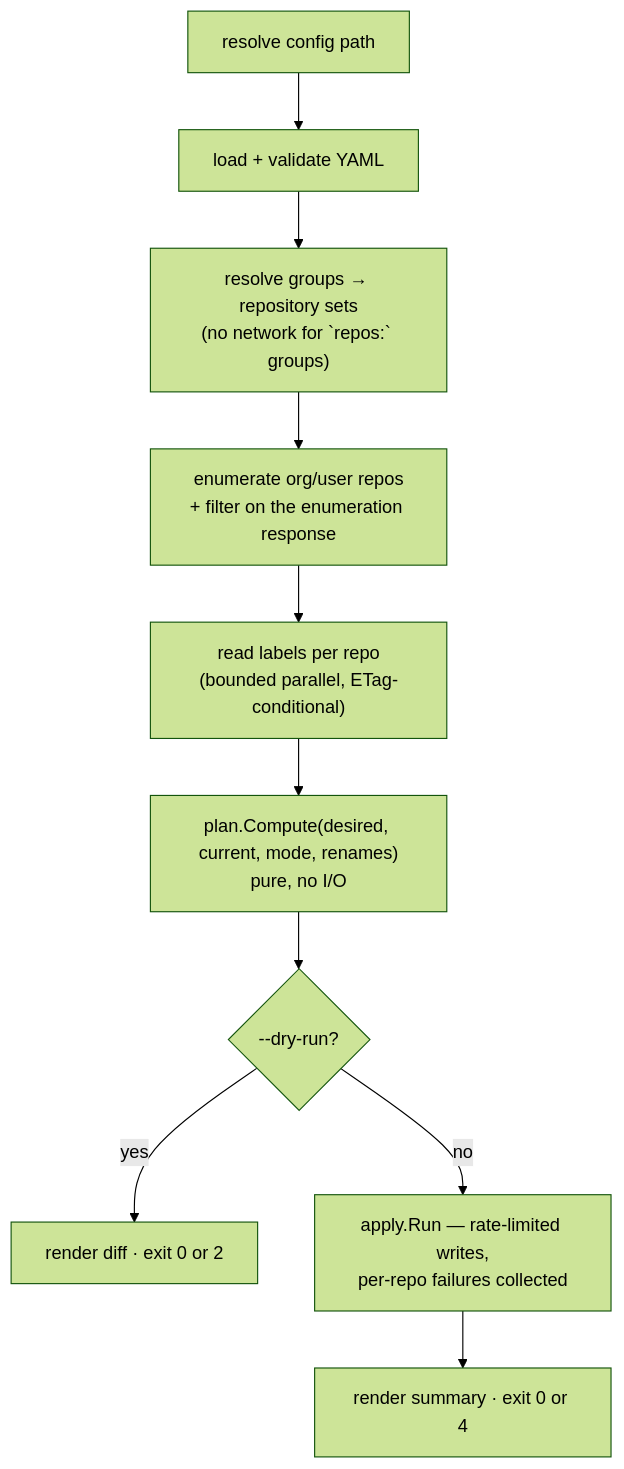
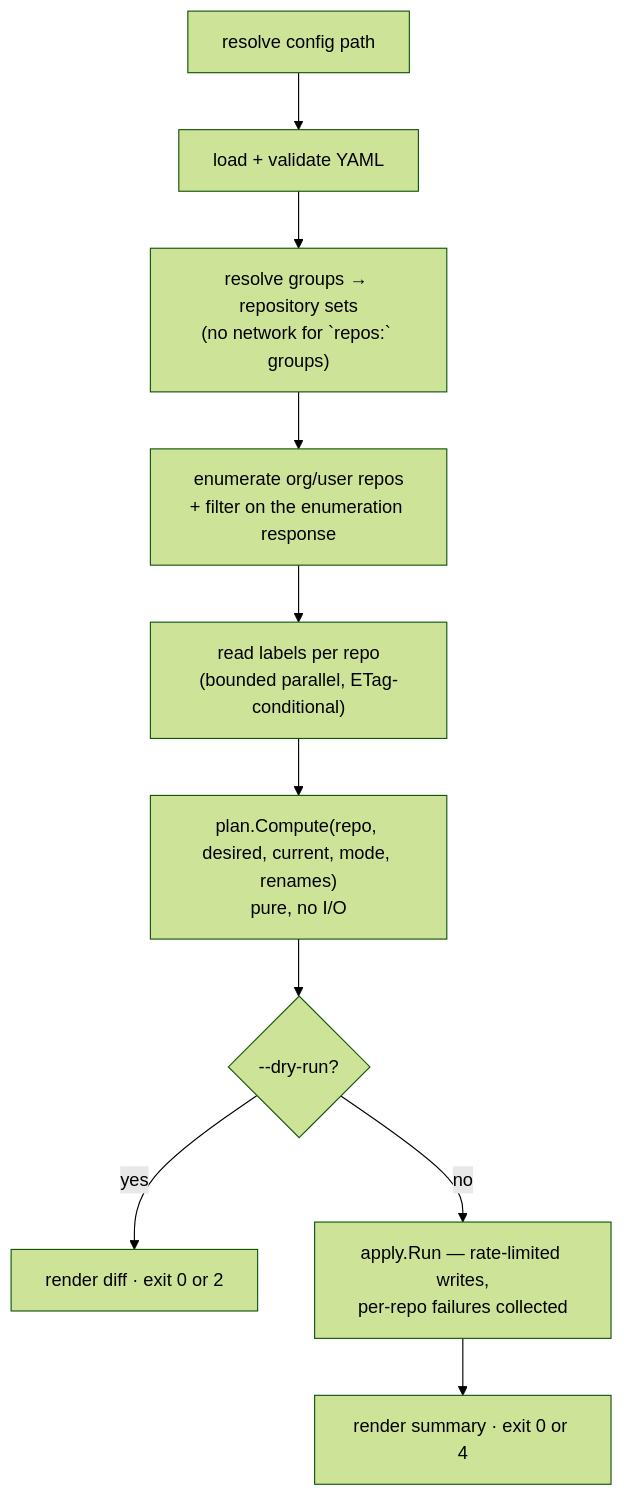
Before and after one commit to specsnl/labelsync: the diagram in docs/content/docs/architecture/overview.md, drawn with Mermaid (forest theme). The commit also changed other lines of this file and 4 other files, not shown here.

First line of the commit message:
Compute() in append mode: partition, squatters, convergence (GH-26)

````diff
--- a/docs/content/docs/architecture/overview.md
+++ b/docs/content/docs/architecture/overview.md
@@ -145,12 +145,12 @@
 ```mermaid
 flowchart TD
     A[resolve config path] --> B[load + validate YAML]
     B --> C["resolve groups → repository sets\n(no network for `repos:` groups)"]
     C --> D["enumerate org/user repos\n+ filter on the enumeration response"]
     D --> E["read labels per repo\n(bounded parallel, ETag-conditional)"]
-    E --> F["plan.Compute(desired, current, mode, renames)\npure, no I/O"]
+    E --> F["plan.Compute(repo, desired, current, mode, renames)\npure, no I/O"]
     F --> G{--dry-run?}
     G -->|yes| H[render diff · exit 0 or 2]
     G -->|no| I["apply.Run — rate-limited writes,\nper-repo failures collected"]
     I --> J[render summary · exit 0 or 4]
 ```
````
